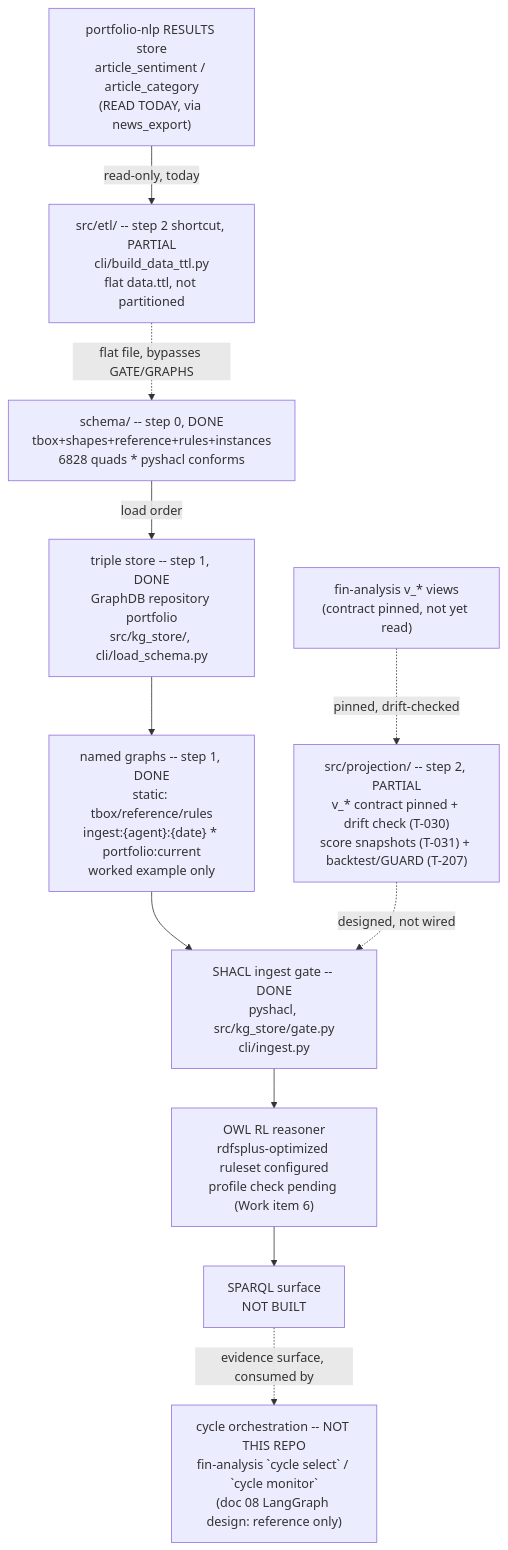
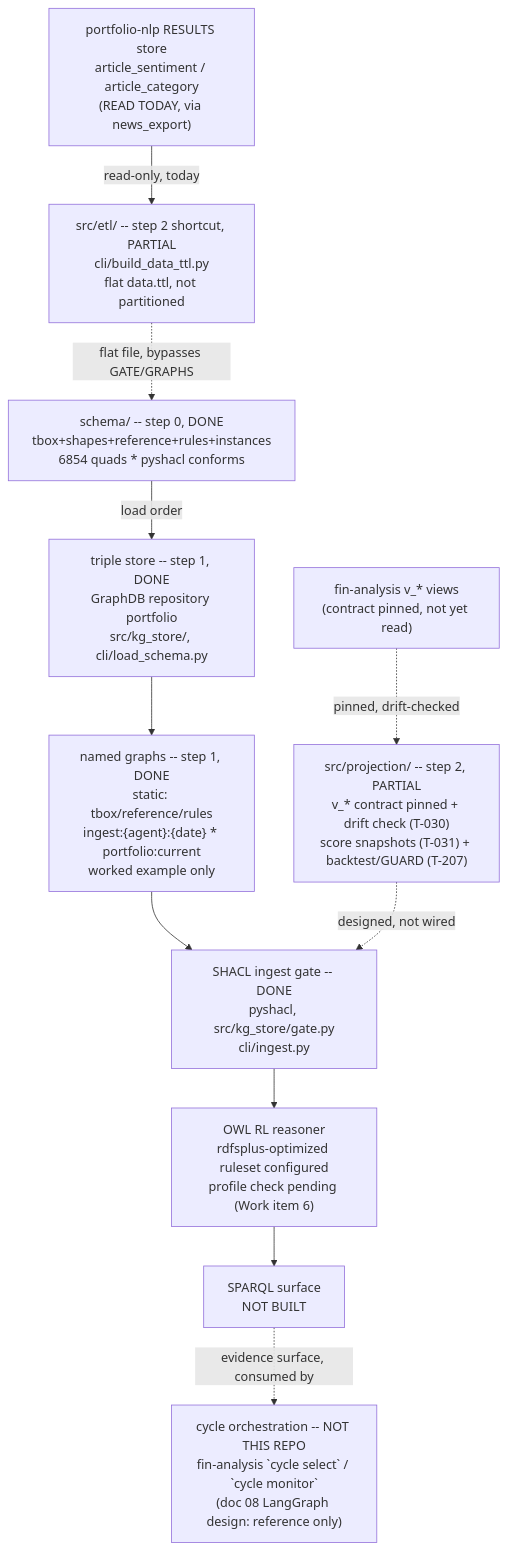
The diagram in .specify/memory/SPEC.md (gamug/portfolio-knowledge-graph), drawn with Mermaid before and after one commit. The commit also changed other lines of this file and 12 other files, not shown here.

````diff
--- a/.specify/memory/SPEC.md
+++ b/.specify/memory/SPEC.md
@@ -1027,22 +1027,22 @@
 ```mermaid
 flowchart TB
-    SCHEMA["schema/ -- step 0, DONE<br/>tbox+shapes+reference+rules+instances<br/>6828 quads * pyshacl conforms"]
+    SCHEMA["schema/ -- step 0, DONE<br/>tbox+shapes+reference+rules+instances<br/>6854 quads * pyshacl conforms"]
     STORE["triple store -- step 1, DONE<br/>GraphDB repository portfolio<br/>src/kg_store/, cli/load_schema.py"]
     GRAPHS["named graphs -- step 1, DONE<br/>static: tbox/reference/rules<br/>ingest:{agent}:{date} * portfolio:current<br/>worked example only"]
     GATE["SHACL ingest gate -- DONE<br/>pyshacl, src/kg_store/gate.py<br/>cli/ingest.py"]
     PROJ["src/projection/ -- step 2, PARTIAL<br/>v_* contract pinned + drift check (T-030)<br/>score snapshots (T-031) + backtest/GUARD (T-207)"]
     FIN["fin-analysis v_* views<br/>(contract pinned, not yet read)"]
     NLPRES["portfolio-nlp RESULTS store<br/>article_sentiment / article_category<br/>(READ TODAY, via news_export)"]
     ETL["src/etl/ -- step 2 shortcut, PARTIAL<br/>cli/build_data_ttl.py<br/>flat data.ttl, not partitioned"]
     REASON["OWL RL reasoner<br/>rdfsplus-optimized ruleset configured<br/>profile check pending (Work item 6)"]
     SPARQL["SPARQL surface<br/>NOT BUILT"]
     AGENTS["cycle orchestration -- NOT THIS REPO<br/>fin-analysis `cycle select` / `cycle monitor`<br/>(doc 08 LangGraph design: reference only)"]
 
     SCHEMA -->|load order| STORE --> GRAPHS --> GATE
     FIN -.->|pinned, drift-checked| PROJ
     PROJ -.->|designed, not wired| GATE
     NLPRES -->|read-only, today| ETL
     ETL -.->|flat file, bypasses GATE/GRAPHS| SCHEMA
     GATE --> REASON --> SPARQL
     SPARQL -.->|evidence surface, consumed by| AGENTS
 ```
````
